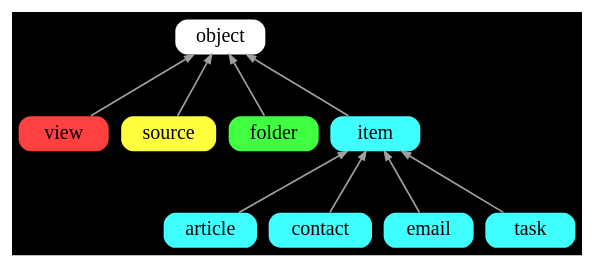
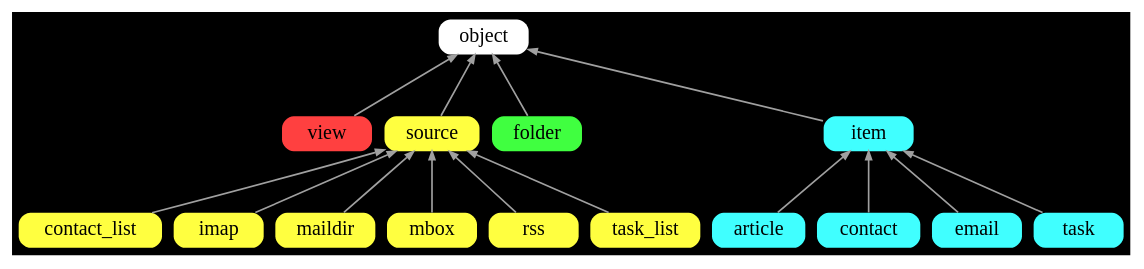
The diagram in inherit.gv (neomutt/test-arch), drawn with Graphviz before and after one commit. The commit also changed 8 other files, not shown here.

```diff
--- a/inherit.gv
+++ b/inherit.gv
@@ -1,48 +1,60 @@
 digraph inherit {
 	graph [
 		rankdir="BT"
 		bgcolor="black"
 		color="white"
 		nodesep="0.1"
 		ranksep="0.5"
 	];
 
 	node [
 		shape="Mrecord"
 		fontsize="12"
 		style="filled"
 		height="0.2"
 		penwidth="0.0"
 	];
 
 	edge [
 		penwidth="1.0"
 		color="#A0A0A0"
 		arrowsize="0.5"
 	];
 
 
-	object  [ fillcolor="#ffffff" ];
-	view    [ fillcolor="#ff4040" ];
-	source  [ fillcolor="#ffff40" ];
-	folder  [ fillcolor="#40ff40" ];
-	item    [ fillcolor="#40ffff" ];
-	article [ fillcolor="#40ffff" ];
-	contact [ fillcolor="#40ffff" ];
-	email   [ fillcolor="#40ffff" ];
-	task    [ fillcolor="#40ffff" ];
+	object       [ fillcolor="#ffffff" ];
 
-	// config;
-	// panel;
-	// plugin;
+	view         [ fillcolor="#ff4040" ];
+	source       [ fillcolor="#ffff40" ];
+	folder       [ fillcolor="#40ff40" ];
+	item         [ fillcolor="#40ffff" ];
 
-	view    -> object;
-	source  -> object;
-	folder  -> object;
-	item    -> object;
-	article -> item;
-	contact -> item;
-	email   -> item;
-	task    -> item;
+	contact_list [ fillcolor="#ffff40" ];
+	imap         [ fillcolor="#ffff40" ];
+	maildir      [ fillcolor="#ffff40" ];
+	mbox         [ fillcolor="#ffff40" ];
+	rss          [ fillcolor="#ffff40" ];
+	task_list    [ fillcolor="#ffff40" ];
 
+	article      [ fillcolor="#40ffff" ];
+	contact      [ fillcolor="#40ffff" ];
+	email        [ fillcolor="#40ffff" ];
+	task         [ fillcolor="#40ffff" ];
+
+	view         -> object;
+	source       -> object;
+	folder       -> object;
+	item         -> object;
+
+	contact_list -> source;
+	imap         -> source;
+	maildir      -> source;
+	mbox         -> source;
+	rss          -> source;
+	task_list    -> source;
+
+	article      -> item;
+	contact      -> item;
+	email        -> item;
+	task         -> item;
 }
```
